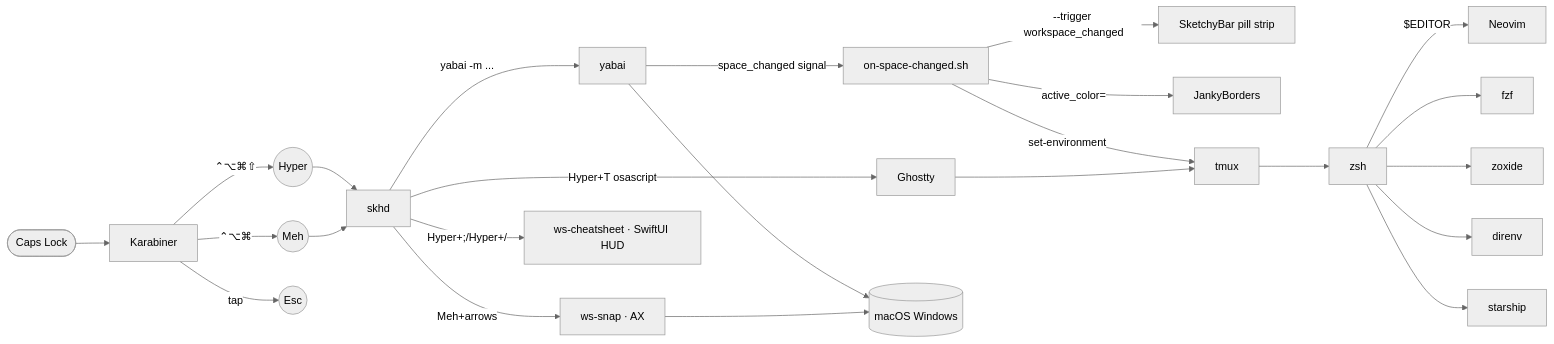
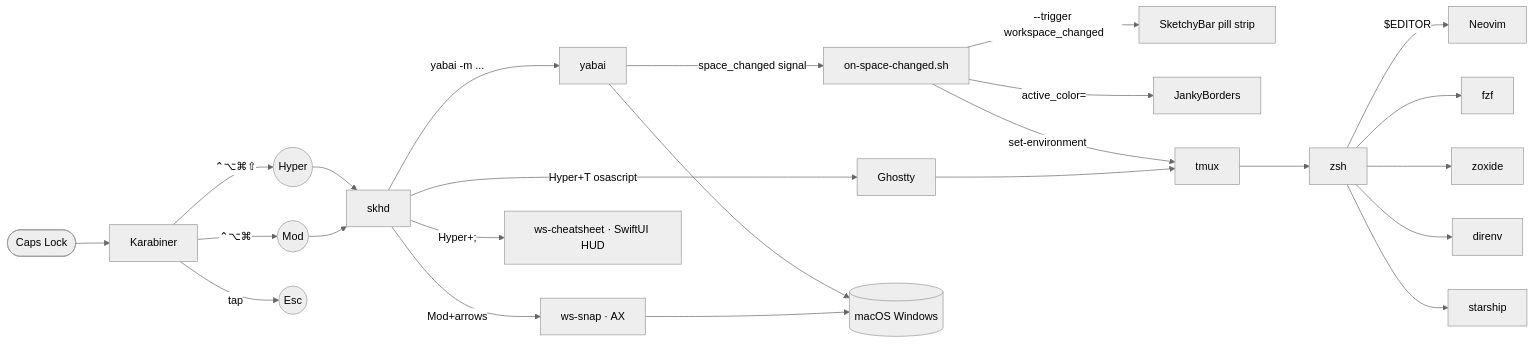
One commit to adames/dotfiles changed the first of 2 diagrams in docs/architecture.md. Above: the diagram before and after it, drawn with Mermaid (neutral theme). The commit also changed other lines of this file and 11 other files, not shown here.

First line of the commit message:
docs/cheatsheet: rename Meh → Mod everywhere; refresh stale hotkey docs

````diff
--- a/docs/architecture.md
+++ b/docs/architecture.md
@@ -8,27 +8,27 @@
 ```mermaid
 graph LR
   CapsLock([Caps Lock]) --> Karabiner
   Karabiner -->|"⌃⌥⌘⇧"| Hyper((Hyper))
-  Karabiner -->|"⌃⌥⌘"| Meh((Meh))
+  Karabiner -->|"⌃⌥⌘"| Mod((Mod))
   Karabiner -->|tap| Esc((Esc))
 
   Hyper --> skhd
-  Meh --> skhd
+  Mod --> skhd
   skhd -->|"yabai -m ..."| yabai
   skhd -->|Hyper+T osascript| Ghostty
-  skhd -->|Meh+arrows| WSSnap[ws-snap · AX]
-  skhd -->|Hyper+;/Hyper+/| WSCheatsheet[ws-cheatsheet · SwiftUI HUD]
+  skhd -->|Mod+arrows| WSSnap[ws-snap · AX]
+  skhd -->|Hyper+;| WSCheatsheet[ws-cheatsheet · SwiftUI HUD]
 
   yabai -->|space_changed signal| WorkspaceHandler[on-space-changed.sh]
   WorkspaceHandler -->|--trigger workspace_changed| SketchyBar[SketchyBar pill strip]
   WorkspaceHandler -->|active_color=| Borders[JankyBorders]
   WorkspaceHandler -->|set-environment| tmux
 
   yabai --> Windows[(macOS Windows)]
   WSSnap --> Windows
 
   Ghostty --> tmux
   tmux --> zsh
   zsh -->|"$EDITOR"| Neovim
   zsh --> fzf & zoxide & direnv & starship
 ```
````
